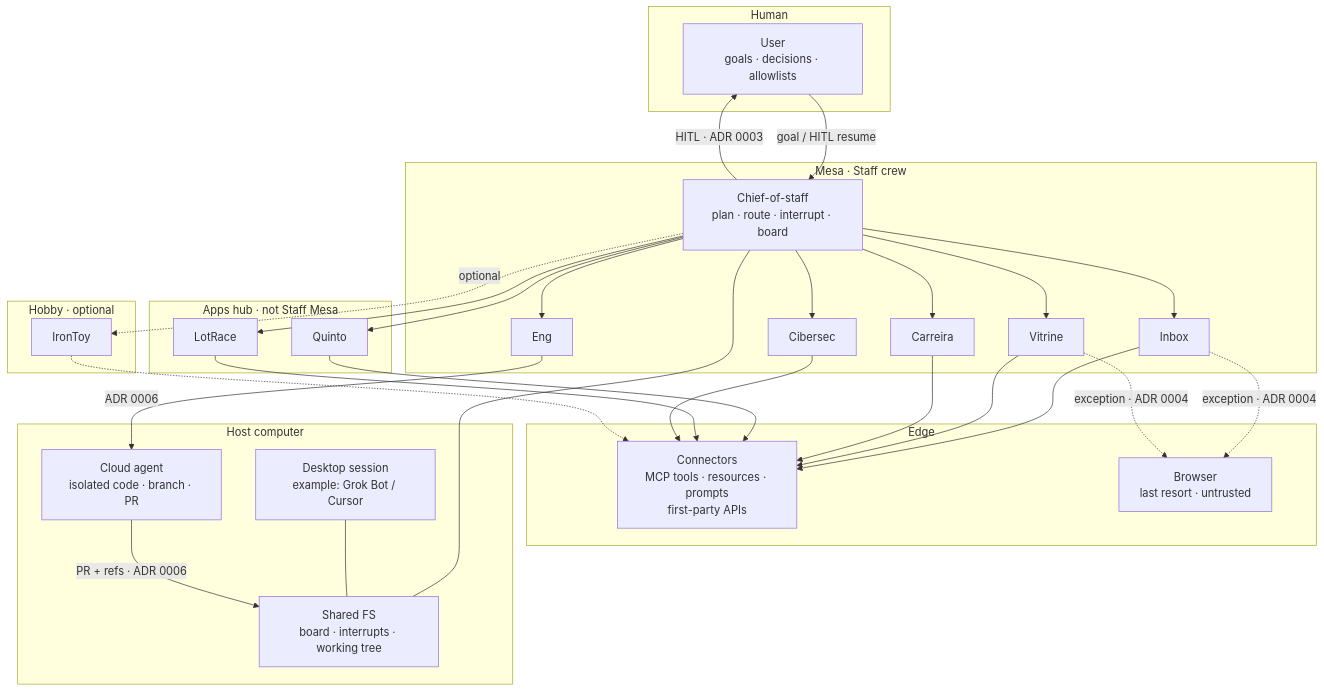
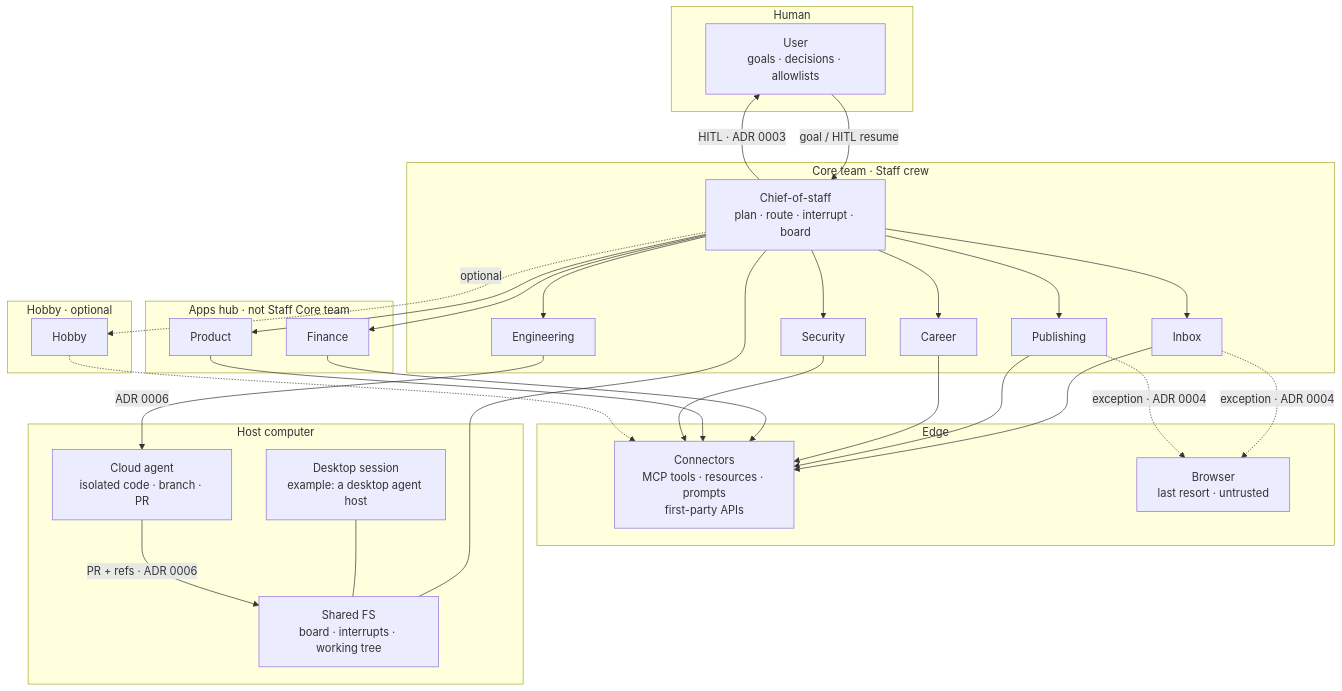
Before and after one commit to tiagovilasboas/grok-bot-architecture: the diagram in docs/architecture.md, drawn with Mermaid. The commit also changed other lines of this file and 49 other files, not shown here.

````diff
--- a/docs/architecture.md
+++ b/docs/architecture.md
@@ -7,59 +7,59 @@
 ```mermaid
 flowchart TB
   subgraph human [Human]
     User["User<br/>goals · decisions · allowlists"]
   end
 
-  subgraph mesa [Mesa · Staff crew]
+  subgraph mesa [Core team · Staff crew]
     CoS["Chief-of-staff<br/>plan · route · interrupt · board"]
     Inbox["Inbox"]
-    Eng["Eng"]
-    Vitrine["Vitrine"]
-    Cibersec["Cibersec"]
-    Carreira["Carreira"]
+    Engineering["Engineering"]
+    Publishing["Publishing"]
+    Security["Security"]
+    Career["Career"]
   end
 
-  subgraph apps [Apps hub · not Staff Mesa]
-    Quinto["Quinto"]
-    LotRace["LotRace"]
+  subgraph apps [Apps hub · not Staff Core team]
+    Finance["Finance"]
+    Product["Product"]
   end
 
   subgraph hobby [Hobby · optional]
-    IronToy["IronToy"]
+    Hobby["Hobby"]
   end
 
   subgraph edge [Edge]
     Conn["Connectors<br/>MCP tools · resources · prompts<br/>first-party APIs"]
     Browser["Browser<br/>last resort · untrusted"]
   end
 
   subgraph machine [Host computer]
-    Desktop["Desktop session<br/>example: Grok Bot / Cursor"]
+    Desktop["Desktop session<br/>example: a desktop agent host"]
     Files["Shared FS<br/>board · interrupts · working tree"]
     Cloud["Cloud agent<br/>isolated code · branch · PR"]
   end
 
   User -->|"goal / HITL resume"| CoS
   CoS --> Inbox
-  CoS --> Eng
-  CoS --> Vitrine
-  CoS --> Cibersec
-  CoS --> Carreira
-  CoS --> Quinto
-  CoS --> LotRace
-  CoS -.->|"optional"| IronToy
+  CoS --> Engineering
+  CoS --> Publishing
+  CoS --> Security
+  CoS --> Career
+  CoS --> Finance
+  CoS --> Product
+  CoS -.->|"optional"| Hobby
   Inbox --> Conn
-  Vitrine --> Conn
-  Carreira --> Conn
-  Quinto --> Conn
-  LotRace --> Conn
-  Cibersec --> Conn
-  IronToy -.-> Conn
+  Publishing --> Conn
+  Career --> Conn
+  Finance --> Conn
+  Product --> Conn
+  Security --> Conn
+  Hobby -.-> Conn
   Inbox -.->|"exception · ADR 0004"| Browser
-  Vitrine -.->|"exception · ADR 0004"| Browser
-  Eng -->|"ADR 0006"| Cloud
+  Publishing -.->|"exception · ADR 0004"| Browser
+  Engineering -->|"ADR 0006"| Cloud
   CoS --- Files
   Desktop --- Files
   Cloud -->|"PR + refs · ADR 0006"| Files
   CoS -->|"HITL · ADR 0003"| User
 ```
````
